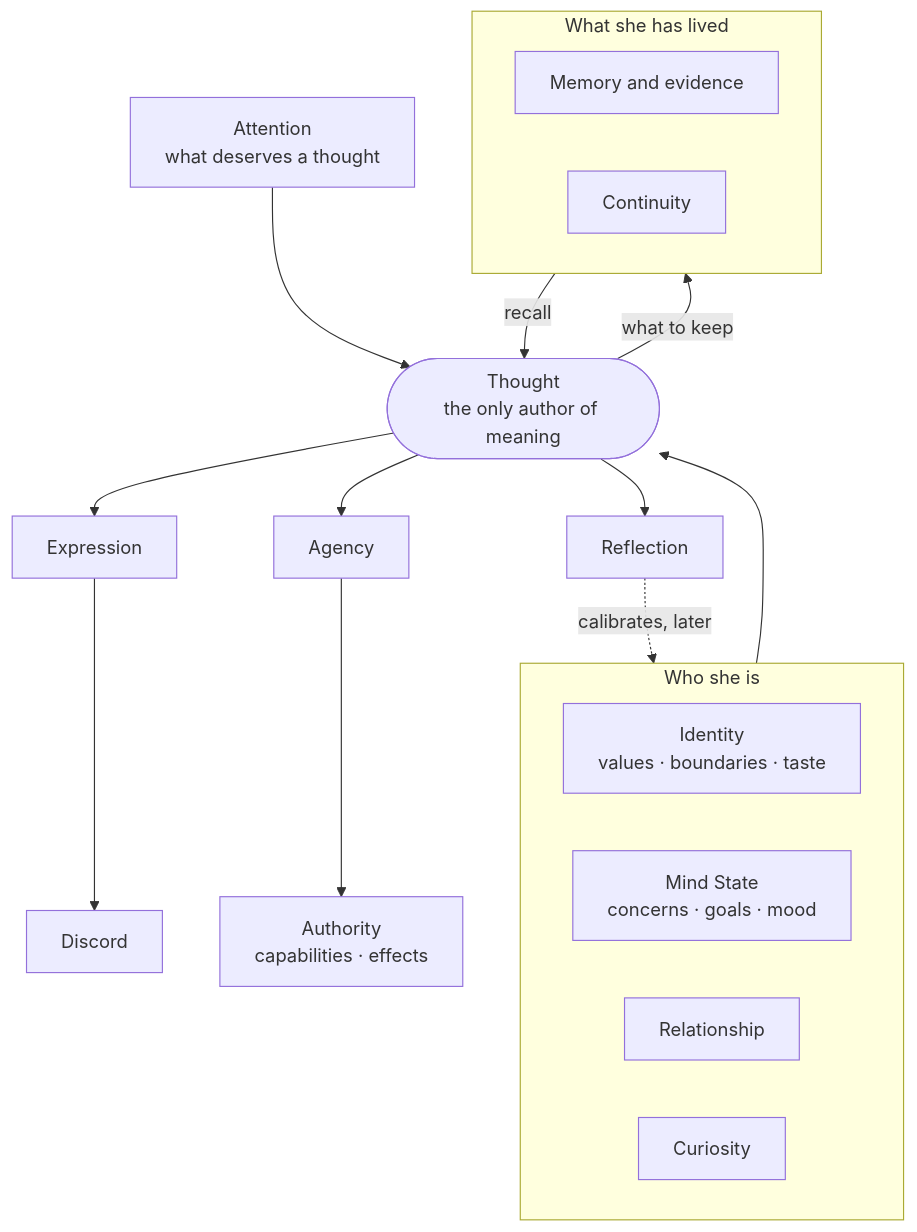
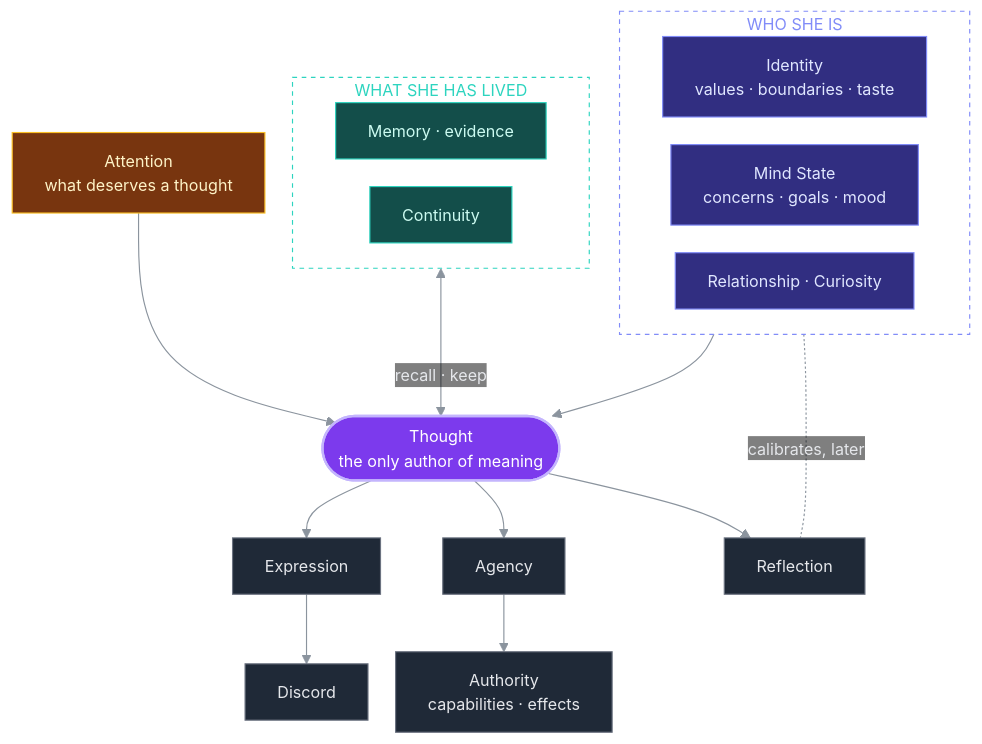
The first of 6 diagrams in README.md (XharvaK/Ashley), drawn with Mermaid before and after one commit. The commit also changed other lines of this file, not shown here.

Commit message:
README: restyle the six diagrams (one palette, transparent groups and labels, layouts that fit)

````diff
--- a/README.md
+++ b/README.md
@@ -28,26 +28,42 @@
 ```mermaid
+%%{init: {"theme": "base", "themeVariables": {"fontFamily": "ui-sans-serif, -apple-system, Segoe UI, Helvetica, Arial, sans-serif", "fontSize": "14px", "lineColor": "#8b949e", "textColor": "#8b949e", "edgeLabelBackground": "transparent", "clusterBkg": "transparent", "clusterBorder": "#8b949e", "primaryColor": "#1f2937", "primaryBorderColor": "#6b7280", "primaryTextColor": "#e5e7eb"}, "themeCSS": ".labelBkg, .edgeLabel { background-color: transparent !important; } .cluster-label span, .cluster-label p { letter-spacing: 0.08em; font-size: 12px; }", "flowchart": {"wrappingWidth": 320, "curve": "basis", "nodeSpacing": 24, "rankSpacing": 50, "padding": 14}}}%%
 flowchart TB
-    subgraph SELF["Who she is"]
+    subgraph SELF["WHO SHE IS"]
         direction LR
         I["Identity<br/>values · boundaries · taste"]
         S["Mind State<br/>concerns · goals · mood"]
-        RL["Relationship"]
-        CU["Curiosity"]
+        RC["Relationship · Curiosity"]
     end
-    subgraph PAST["What she has lived"]
+    AT["Attention<br/>what deserves a thought"]
+    subgraph PAST["WHAT SHE HAS LIVED"]
         direction LR
-        ME["Memory and evidence"]
+        ME["Memory · evidence"]
         CO["Continuity"]
     end
-    AT["Attention<br/>what deserves a thought"]
 
-    SELF --> T(["Thought<br/>the only author of meaning"])
-    PAST -->|recall| T
+    T(["Thought<br/>the only author of meaning"])
+
+    SELF --> T
     AT --> T
+    PAST <-->|"recall · keep"| T
 
     T --> EX["Expression"] --> DS["Discord"]
     T --> AG["Agency"] --> AU["Authority<br/>capabilities · effects"]
-    T -->|"what to keep"| ME
     T --> RF["Reflection"]
-    RF -.->|"calibrates, later"| SELF
+    SELF <-.-|"calibrates, later"| RF
+
+    classDef thought fill:#7c3aed,stroke:#c4b5fd,stroke-width:2px,color:#ffffff
+    classDef self fill:#312e81,stroke:#818cf8,color:#e0e7ff
+    classDef past fill:#134e4a,stroke:#2dd4bf,color:#ccfbf1
+    classDef attn fill:#78350f,stroke:#fbbf24,color:#fef3c7
+    classDef owner fill:#9d174d,stroke:#f9a8d4,stroke-width:2px,color:#fdf2f8
+    classDef mech fill:#1f2937,stroke:#6b7280,color:#e5e7eb
+    classDef gone fill:#1f2937,stroke:#6b7280,stroke-dasharray:4 4,color:#9ca3af
+    class T thought
+    class I,S,RC self
+    class ME,CO past
+    class AT attn
+    class EX,DS,AG,AU,RF mech
+    style SELF fill:transparent,stroke:#818cf8,stroke-dasharray:4 4,color:#818cf8
+    style PAST fill:transparent,stroke:#2dd4bf,stroke-dasharray:4 4,color:#2dd4bf
 ```
````
